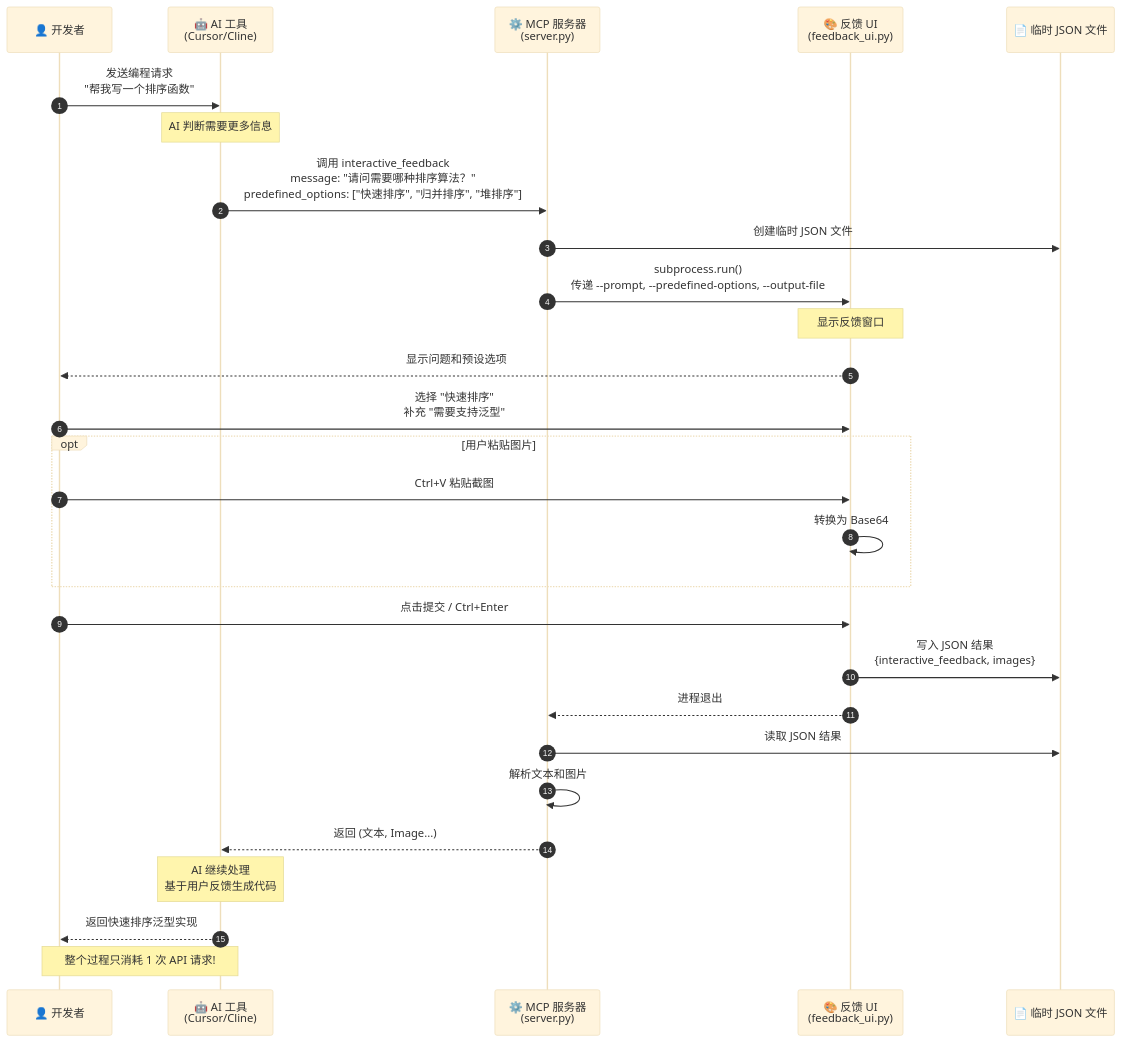
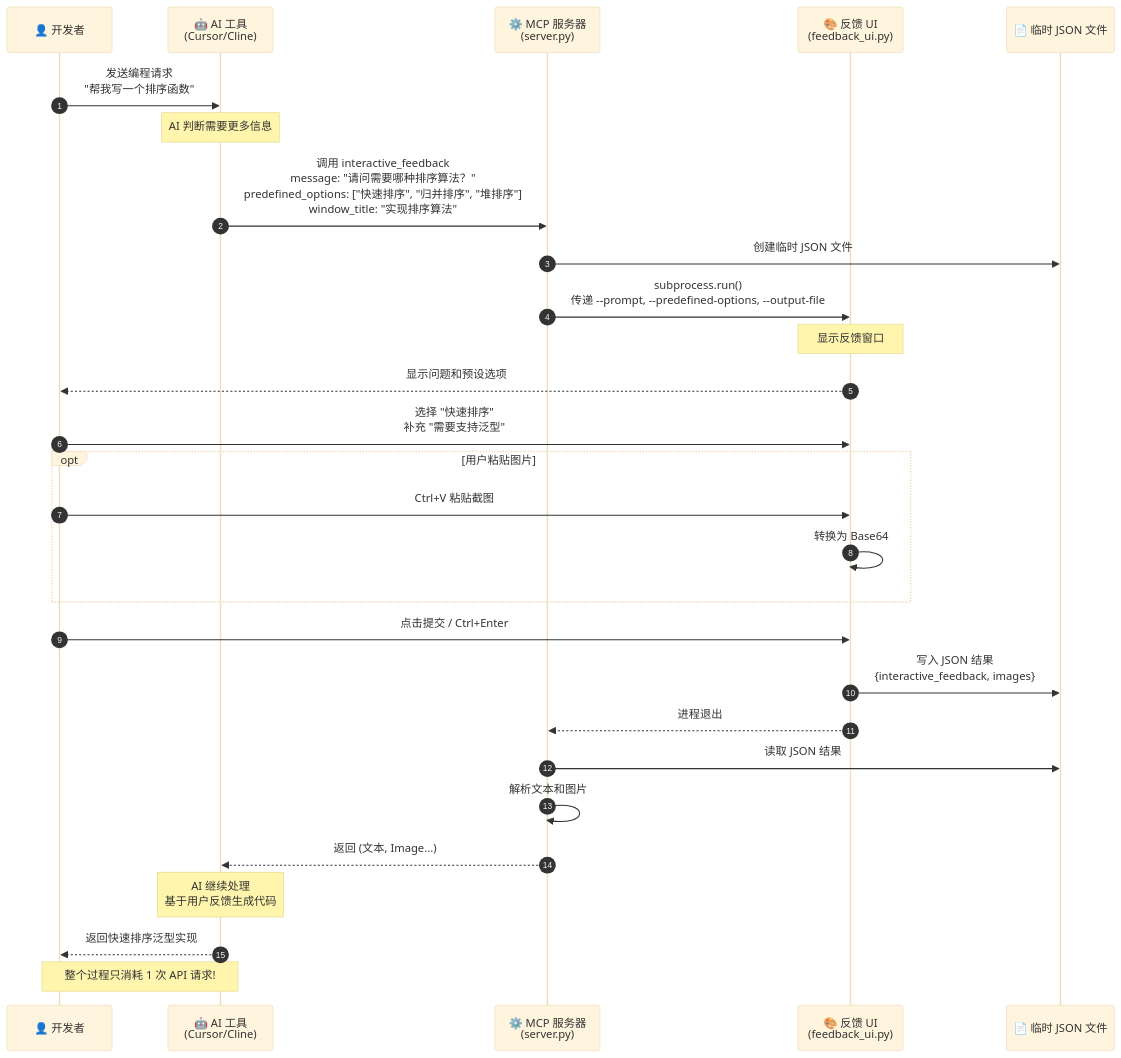
Before and after one commit to zifengb/interactive-feedback-mcp: the ninth of 17 diagrams in ARCHITECTURE.md, drawn with Mermaid (base theme). The commit also changed other lines of this file and 10 other files, not shown here.

````diff
--- a/ARCHITECTURE.md
+++ b/ARCHITECTURE.md
@@ -365,43 +365,43 @@
 ```mermaid
 sequenceDiagram
     autonumber
     
     participant User as 👤 开发者
     participant AI as 🤖 AI 工具<br/>(Cursor/Cline)
     participant MCP as ⚙️ MCP 服务器<br/>(server.py)
     participant UI as 🎨 反馈 UI<br/>(feedback_ui.py)
     participant File as 📄 临时 JSON 文件
     
     User->>AI: 发送编程请求<br/>"帮我写一个排序函数"
     
     Note over AI: AI 判断需要更多信息
     
-    AI->>MCP: 调用 interactive_feedback<br/>message: "请问需要哪种排序算法？"<br/>predefined_options: ["快速排序", "归并排序", "堆排序"]
+    AI->>MCP: 调用 interactive_feedback<br/>message: "请问需要哪种排序算法？"<br/>predefined_options: ["快速排序", "归并排序", "堆排序"]<br/>window_title: "实现排序算法"
     
     MCP->>File: 创建临时 JSON 文件
     MCP->>UI: subprocess.run()<br/>传递 --prompt, --predefined-options, --output-file
     
     Note over UI: 显示反馈窗口
     
     UI-->>User: 显示问题和预设选项
     User->>UI: 选择 "快速排序"<br/>补充 "需要支持泛型"
     
     opt 用户粘贴图片
         User->>UI: Ctrl+V 粘贴截图
         UI->>UI: 转换为 Base64
     end
     
     User->>UI: 点击提交 / Ctrl+Enter
     UI->>File: 写入 JSON 结果<br/>{interactive_feedback, images}
     UI-->>MCP: 进程退出
     
     MCP->>File: 读取 JSON 结果
     MCP->>MCP: 解析文本和图片
     MCP-->>AI: 返回 (文本, Image...)
     
     Note over AI: AI 继续处理<br/>基于用户反馈生成代码
     
     AI-->>User: 返回快速排序泛型实现
     
     Note over User,AI: 整个过程只消耗 1 次 API 请求!
 ```
````
